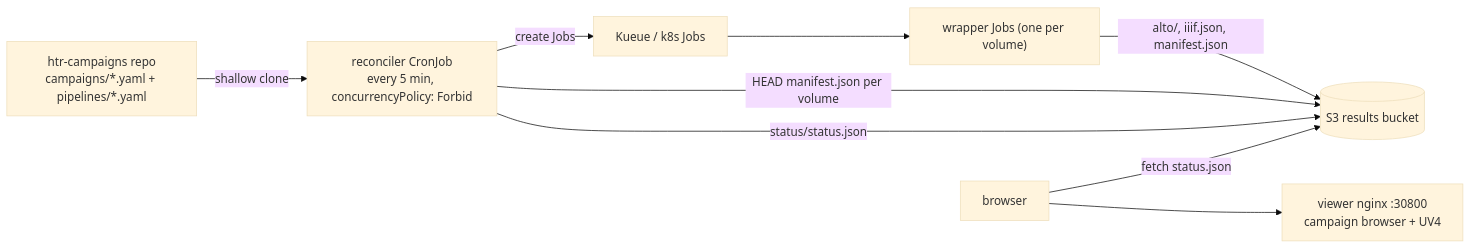
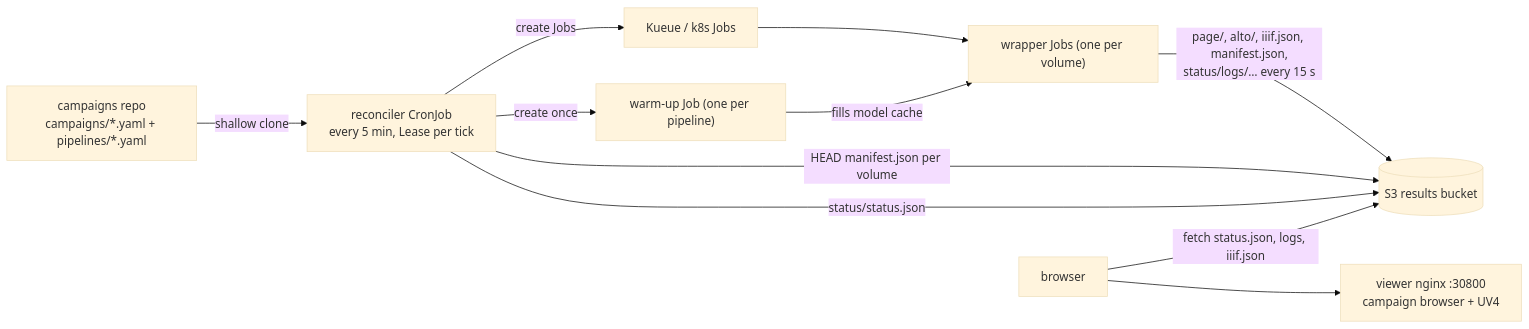
One commit to AI-Riksarkivet/htrflow-batch changed the diagram in docs/how-it-works/campaigns.md. Above: the diagram before and after it, drawn with Mermaid (base theme). The commit also changed other lines of this file and 1 other file, not shown here.

First line of the commit message:
docs(campaigns): how-it-works and getting-started as the reconciler behaves after A1/A3/A4 (D-M2, D-M4, D-M11, D-L2, D-L9, A1/A4 handoff lists)

````diff
--- a/docs/how-it-works/campaigns.md
+++ b/docs/how-it-works/campaigns.md
@@ -23,18 +25,20 @@
 ```mermaid
 flowchart LR
-    G["htr-campaigns repo<br/>campaigns/*.yaml + pipelines/*.yaml"]
-    R["reconciler CronJob<br/>every 5 min, concurrencyPolicy: Forbid"]
+    G["campaigns repo<br/>campaigns/*.yaml + pipelines/*.yaml"]
+    R["reconciler CronJob<br/>every 5 min, Lease per tick"]
     K["Kueue / k8s Jobs"]
     W["wrapper Jobs (one per volume)"]
+    U["warm-up Job (one per pipeline)"]
     S[("S3 results bucket")]
     V["viewer nginx :30800<br/>campaign browser + UV4"]
     B["browser"]
 
     G -->|shallow clone| R
     R -->|create Jobs| K --> W
-    W -->|"alto/, iiif.json, manifest.json"| S
+    R -->|create once| U -->|fills model cache| W
+    W -->|"page/, alto/, iiif.json, manifest.json,<br/>status/logs/… every 15 s"| S
     R -->|"HEAD manifest.json per volume"| S
     R -->|"status/status.json"| S
-    B -->|"fetch status.json"| S
+    B -->|"fetch status.json, logs, iiif.json"| S
     B --> V
 ```
````
